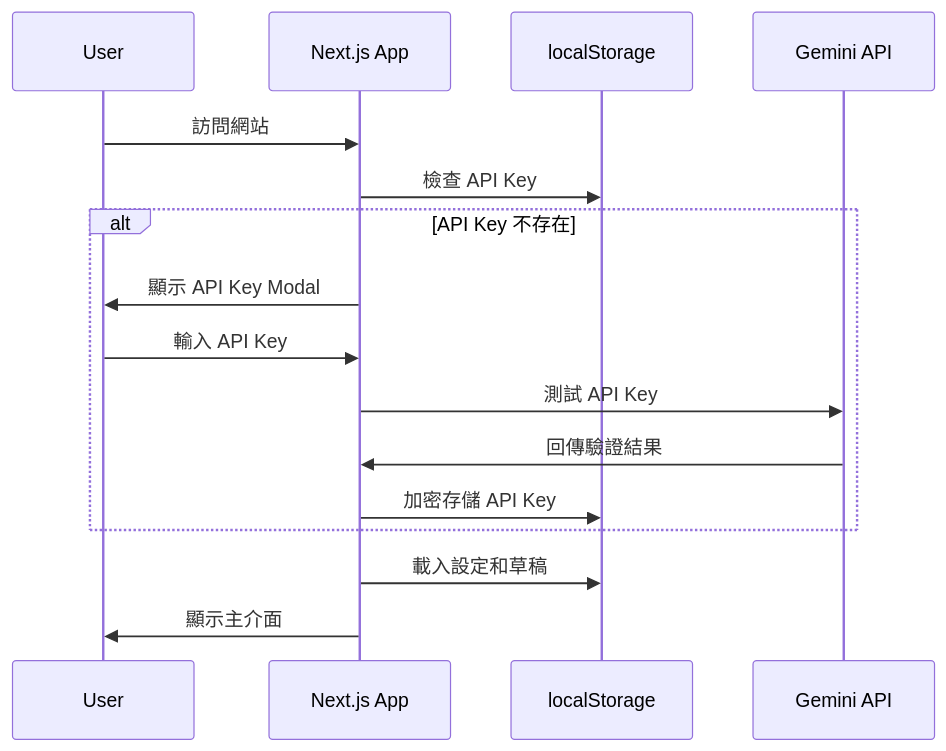
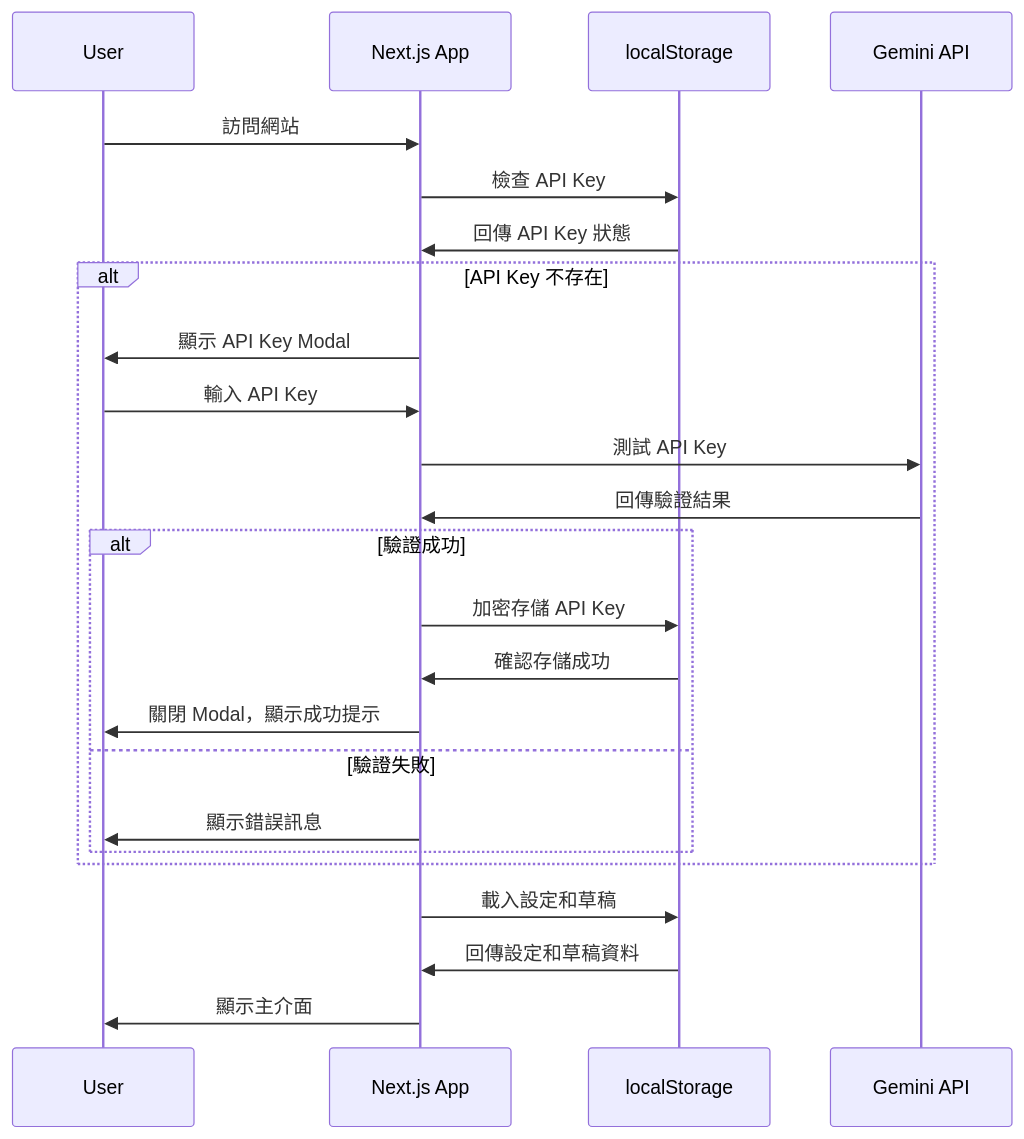
One commit to whats2000/social-media-post-assistant changed the second of 5 diagrams in docs/SystemDesign.md. Above: the diagram before and after it, drawn with Mermaid. The commit also changed other lines of this file, not shown here.

````diff
--- a/docs/SystemDesign.md
+++ b/docs/SystemDesign.md
@@ -193,19 +194,27 @@
 ```mermaid
 sequenceDiagram
   participant U as User
   participant App as Next.js App
   participant LS as localStorage
   participant API as Gemini API
 
   U->>App: 訪問網站
   App->>LS: 檢查 API Key
+  LS->>App: 回傳 API Key 狀態
   alt API Key 不存在
     App->>U: 顯示 API Key Modal
     U->>App: 輸入 API Key
     App->>API: 測試 API Key
     API->>App: 回傳驗證結果
-    App->>LS: 加密存儲 API Key
+    alt 驗證成功
+      App->>LS: 加密存儲 API Key
+      LS->>App: 確認存儲成功
+      App->>U: 關閉 Modal，顯示成功提示
+    else 驗證失敗
+      App->>U: 顯示錯誤訊息
+    end
   end
   App->>LS: 載入設定和草稿
+  LS->>App: 回傳設定和草稿資料
   App->>U: 顯示主介面
 ```
````
